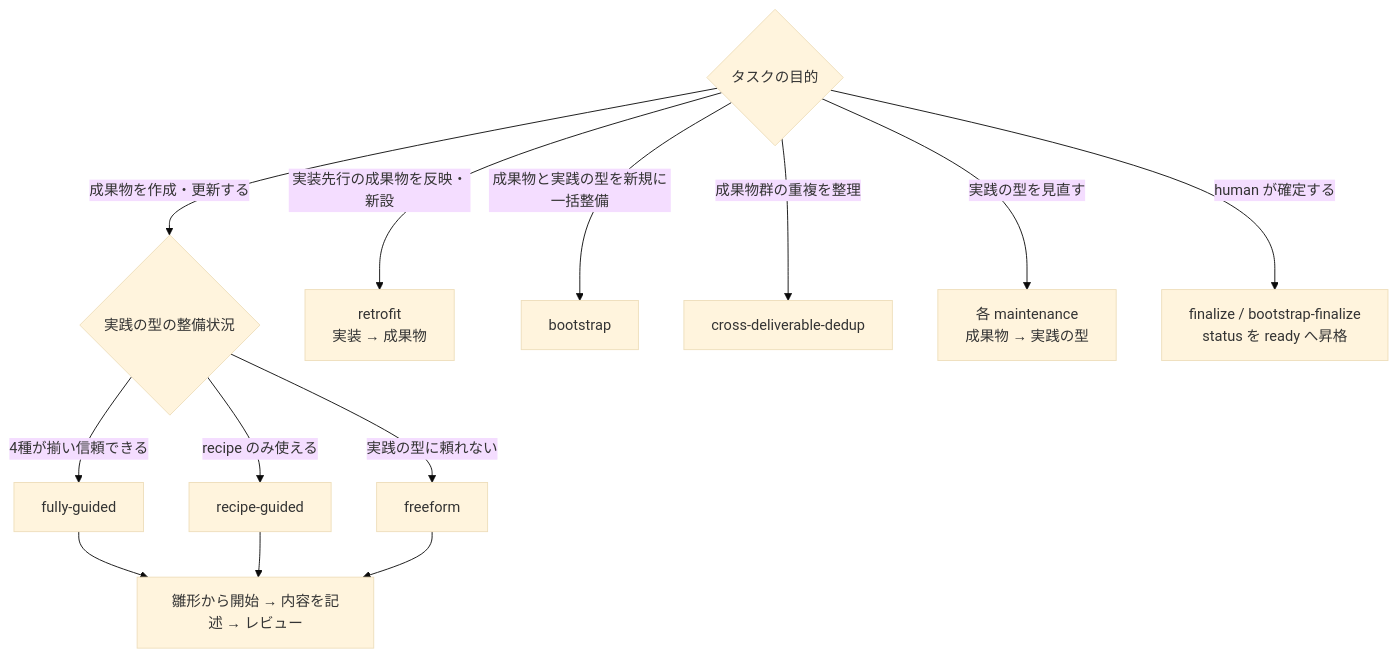
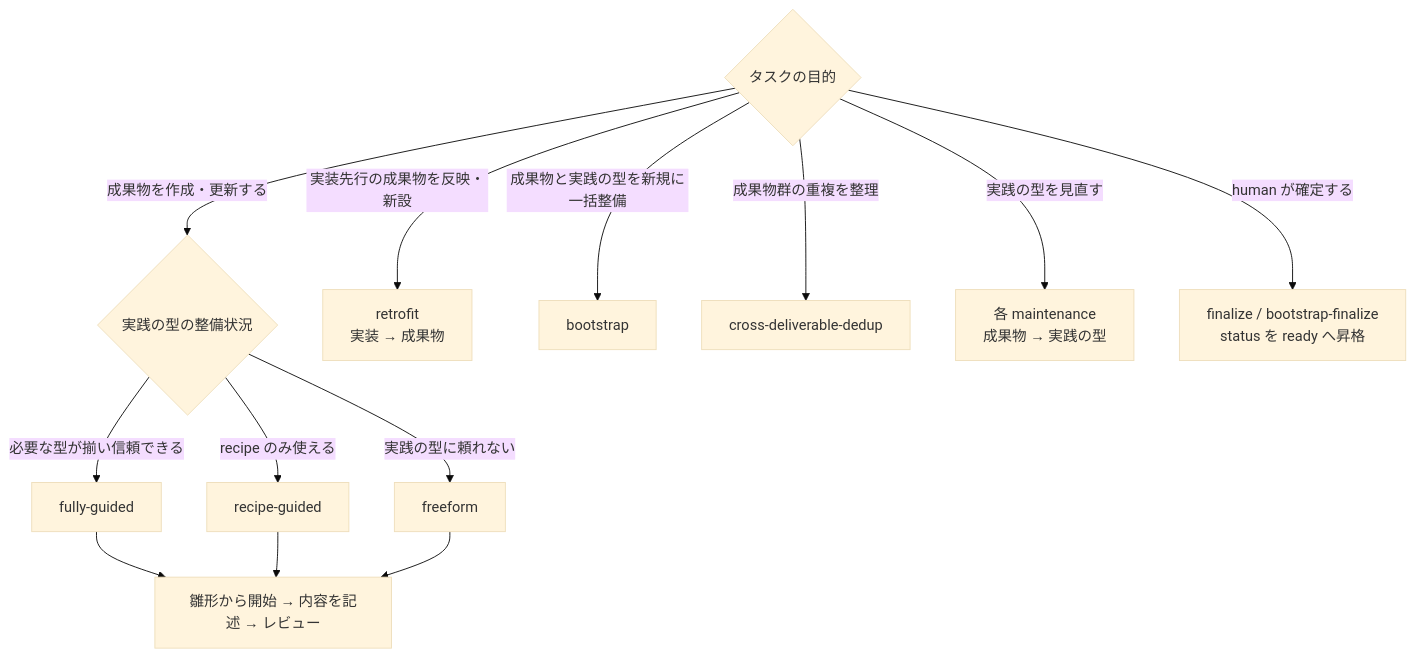
One commit to specdojo/specdojo changed the first of 5 diagrams in docs/ja/specdojo/guides/ryu-guide.md. Above: the diagram before and after it, drawn with Mermaid (base theme). The commit also changed other lines of this file and 81 other files, not shown here.

````diff
--- a/docs/ja/specdojo/guides/ryu-guide.md
+++ b/docs/ja/specdojo/guides/ryu-guide.md
@@ -48,16 +48,16 @@
 ```mermaid
 flowchart TD
   P{"タスクの目的"}
   P -->|"成果物を作成・更新する"| M{"実践の型の整備状況"}
-  M -->|"4種が揃い信頼できる"| FG["fully-guided"]
+  M -->|"必要な型が揃い信頼できる"| FG["fully-guided"]
   M -->|"recipe のみ使える"| RG["recipe-guided"]
   M -->|"実践の型に頼れない"| FF["freeform"]
   FG --> W["雛形から開始 → 内容を記述 → レビュー"]
   RG --> W
   FF --> W
   P -->|"実装先行の成果物を反映・新設"| RF["retrofit<br/>実装 → 成果物"]
   P -->|"成果物と実践の型を新規に一括整備"| BS["bootstrap"]
   P -->|"成果物群の重複を整理"| DD["cross-deliverable-dedup"]
   P -->|"実践の型を見直す"| MT["各 maintenance<br/>成果物 → 実践の型"]
   P -->|"human が確定する"| FIN["finalize / bootstrap-finalize<br/>status を ready へ昇格"]
 ```
````
